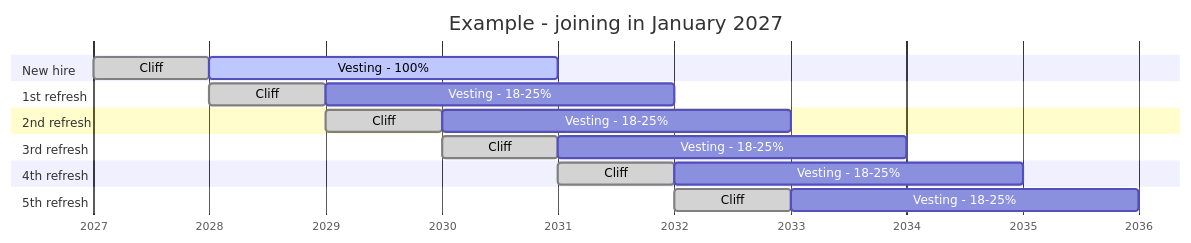
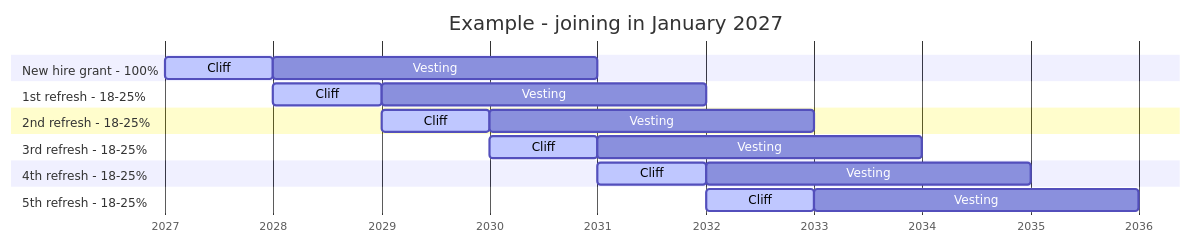
One commit to PostHog/posthog.com changed the diagram in contents/handbook/people/compensation.mdx. Above: the diagram before and after it, drawn with Mermaid.

Commit message:
docs(handbook): show each grant as one bar with its cliff
Name each grant on its row label, and use two shades of the same color for the cliff and the vesting period, so they read as one grant.

Task-Id: 4f6e1972-2a4a-4845-aff0-7ef939285b5a

````diff
--- a/contents/handbook/people/compensation.mdx
+++ b/contents/handbook/people/compensation.mdx
@@ -129,29 +129,32 @@
 ```mermaid
 ---
 displayMode: compact
+config:
+  gantt:
+    leftPadding: 140
 ---
 gantt
     title Example - joining in January 2027
     dateFormat YYYY-MM-DD
     axisFormat %Y
     tickInterval 1year
     todayMarker off
-    section New hire
-    Cliff : done, 2027-01-01, 2028-01-01
-    Vesting - 100% : active, 2028-01-01, 2031-01-01
-    section 1st refresh
-    Cliff : done, 2028-01-01, 2029-01-01
-    Vesting - 18-25% : 2029-01-01, 2032-01-01
-    section 2nd refresh
-    Cliff : done, 2029-01-01, 2030-01-01
-    Vesting - 18-25% : 2030-01-01, 2033-01-01
-    section 3rd refresh
-    Cliff : done, 2030-01-01, 2031-01-01
-    Vesting - 18-25% : 2031-01-01, 2034-01-01
-    section 4th refresh
-    Cliff : done, 2031-01-01, 2032-01-01
-    Vesting - 18-25% : 2032-01-01, 2035-01-01
-    section 5th refresh
-    Cliff : done, 2032-01-01, 2033-01-01
-    Vesting - 18-25% : 2033-01-01, 2036-01-01
+    section New hire grant - 100%
+    Cliff : active, 2027-01-01, 2028-01-01
+    Vesting : 2028-01-01, 2031-01-01
+    section 1st refresh - 18-25%
+    Cliff : active, 2028-01-01, 2029-01-01
+    Vesting : 2029-01-01, 2032-01-01
+    section 2nd refresh - 18-25%
+    Cliff : active, 2029-01-01, 2030-01-01
+    Vesting : 2030-01-01, 2033-01-01
+    section 3rd refresh - 18-25%
+    Cliff : active, 2030-01-01, 2031-01-01
+    Vesting : 2031-01-01, 2034-01-01
+    section 4th refresh - 18-25%
+    Cliff : active, 2031-01-01, 2032-01-01
+    Vesting : 2032-01-01, 2035-01-01
+    section 5th refresh - 18-25%
+    Cliff : active, 2032-01-01, 2033-01-01
+    Vesting : 2033-01-01, 2036-01-01
 ```
````
